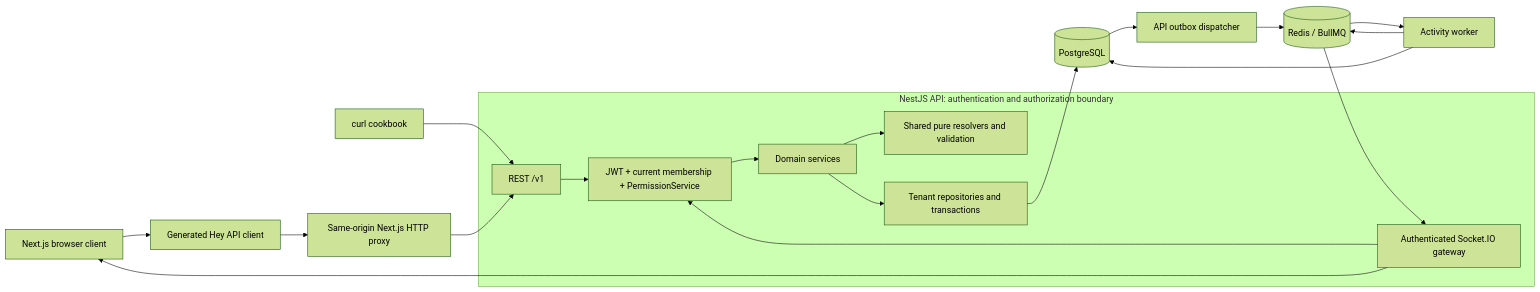
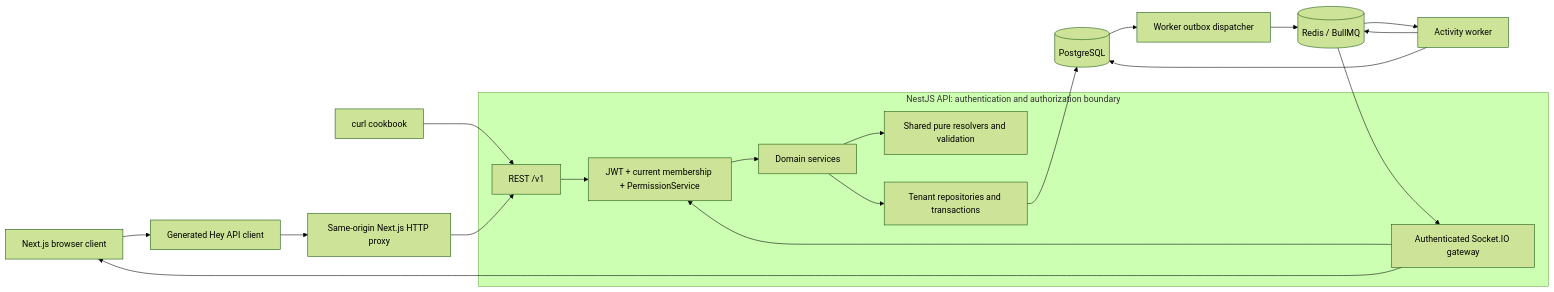
Before and after one commit to ashvir99260/flowboard: the first of 3 diagrams in ARCHITECTURE.md, drawn with Mermaid (forest theme). The commit also changed other lines of this file and 39 other files, not shown here.

Commit message:
fix(worker): own outbox dispatch in the daemon

````diff
--- a/ARCHITECTURE.md
+++ b/ARCHITECTURE.md
@@ -34,22 +34,22 @@
 ```mermaid
 flowchart LR
   Browser[Next.js browser client] --> SDK[Generated Hey API client]
   Cookbook[curl cookbook] --> HTTP[REST /v1]
   SDK --> Proxy[Same-origin Next.js HTTP proxy]
   Proxy --> HTTP
   subgraph API[NestJS API: authentication and authorization boundary]
     HTTP --> Guards[JWT + current membership + PermissionService]
     Guards --> Modules[Domain services]
     Modules --> Pure[Shared pure resolvers and validation]
     Modules --> Tenant[Tenant repositories and transactions]
     Gateway[Authenticated Socket.IO gateway] --> Guards
   end
   Tenant --> PG[(PostgreSQL)]
-  PG --> Dispatcher[API outbox dispatcher]
+  PG --> Dispatcher[Worker outbox dispatcher]
   Dispatcher --> Redis[(Redis / BullMQ)]
   Redis --> Worker[Activity worker]
   Worker --> PG
   Worker --> Redis
   Redis --> Gateway
   Gateway --> Browser
 ```
````
